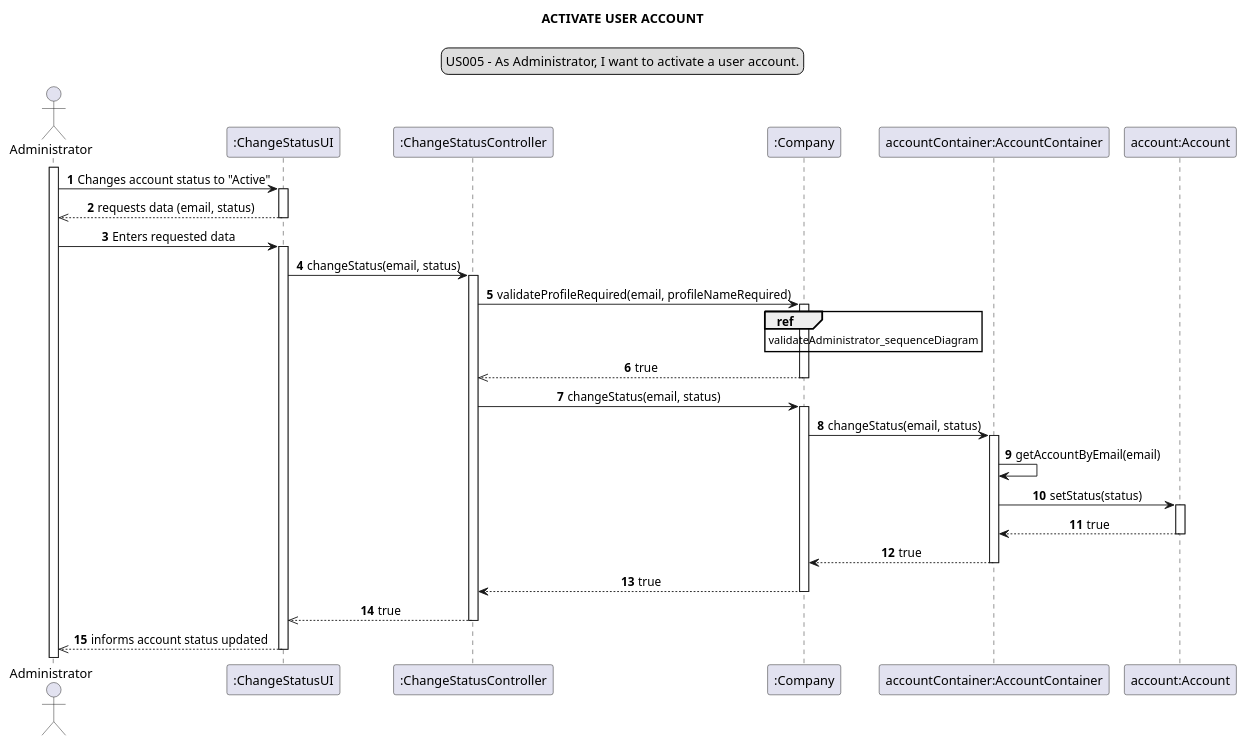
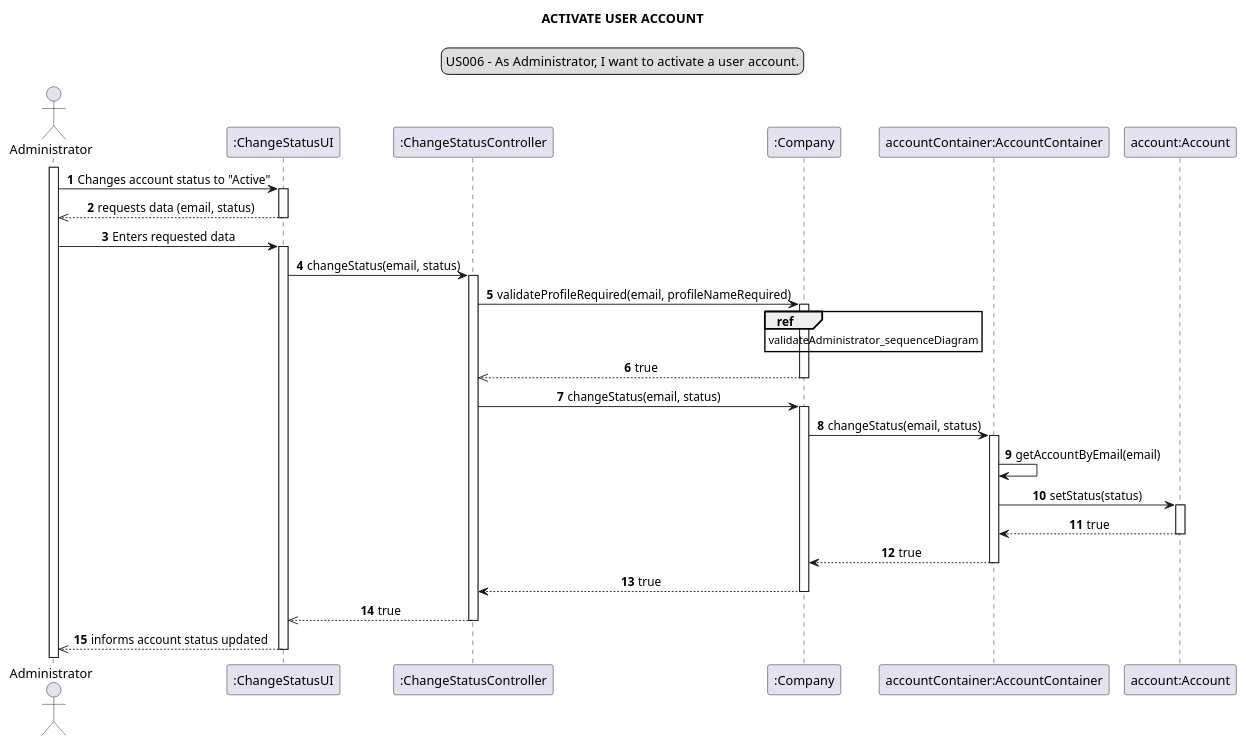
One commit to Loracline/project_switch_22-23 changed the diagram in docs/modelling_design/user_stories/sprint01/us006/US006_sequenceDiagram.puml. Above: the diagram before and after it, drawn with PlantUML. The commit also changed 17 other files, not shown here.

Commit message:
No US number: Design: Sequence Diagrams | Update png files according to new version

```diff
--- a/docs/modelling_design/user_stories/sprint01/us006/US006_sequenceDiagram.puml
+++ b/docs/modelling_design/user_stories/sprint01/us006/US006_sequenceDiagram.puml
@@ -1,47 +1,47 @@
 @startuml
 legend top
-US005 - As Administrator, I want to activate a user account.
+US006 - As Administrator, I want to activate a user account.
 end legend
 skinparam sequenceMessageAlign center
 title ACTIVATE USER ACCOUNT
 autonumber
 actor "Administrator" as administrator
 participant ":ChangeStatusUI" as ui
 participant ":ChangeStatusController" as controller
 participant ":Company" as company
 participant "accountContainer:AccountContainer" as container
 participant "account:Account" as account
 
 activate administrator
 administrator -> ui : Changes account status to "Active"
 activate ui
 ui -->> administrator: requests data (email, status)
 deactivate ui
 administrator -> ui: Enters requested data
 activate ui
 ui -> controller: changeStatus(email, status)
 activate controller
 controller -> company: validateProfileRequired(email, profileNameRequired)
 activate company
 ref over company: validateAdministrator_sequenceDiagram
 company -->> controller: true
 deactivate company
 controller -> company: changeStatus(email, status)
 activate company
 company -> container: changeStatus(email, status)
 activate container
 container -> container: getAccountByEmail(email)
 container -> account: setStatus(status)
 activate account
 container <-- account: true
 deactivate account
 container --> company: true
 deactivate container
 company --> controller: true
 deactivate company
 controller -->> ui: true
 deactivate controller
 ui -->> administrator: informs account status updated
 deactivate ui
 
 @enduml
```
